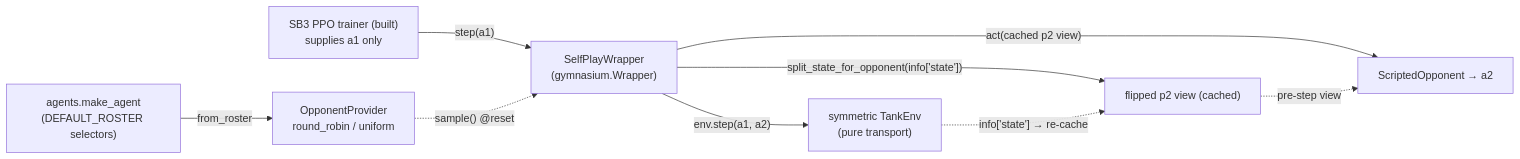
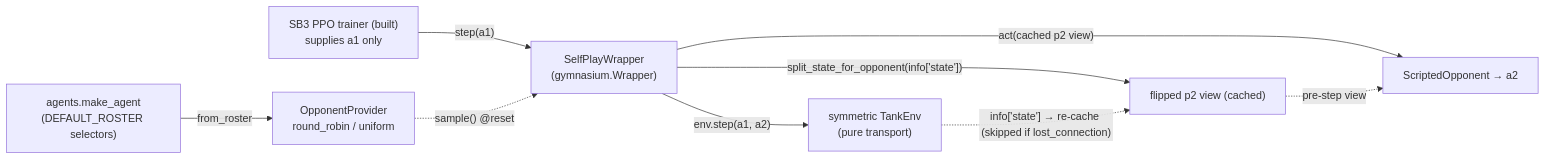
The third of 4 diagrams in docs/components/rl.md (urciuolim/TankTwinStickShooter), drawn with Mermaid before and after one commit. The commit also changed other lines of this file and 2 other files, not shown here.

First line of the commit message:
fix(rl): SelfPlayWrapper survives a lost-connection step (no KeyError on reconnect)

````diff
--- a/docs/components/rl.md
+++ b/docs/components/rl.md
@@ -438,11 +442,11 @@
 ```mermaid
 graph LR
     sb3["SB3 PPO trainer (built)<br/>supplies a1 only"] -->|"step(a1)"| wrap["SelfPlayWrapper<br/>(gymnasium.Wrapper)"]
     prov["OpponentProvider<br/>round_robin / uniform"] -.->|"sample() @reset"| wrap
     agents["agents.make_agent<br/>(DEFAULT_ROSTER selectors)"] -->|from_roster| prov
     wrap -->|"act(cached p2 view)"| opp["ScriptedOpponent → a2"]
     wrap -->|"split_state_for_opponent(info['state'])"| flip["flipped p2 view (cached)"]
     flip -.->|pre-step view| opp
     wrap -->|"env.step(a1, a2)"| env["symmetric TankEnv<br/>(pure transport)"]
-    env -.->|"info['state'] → re-cache"| flip
+    env -.->|"info['state'] → re-cache (skipped if lost_connection)"| flip
 ```
````
